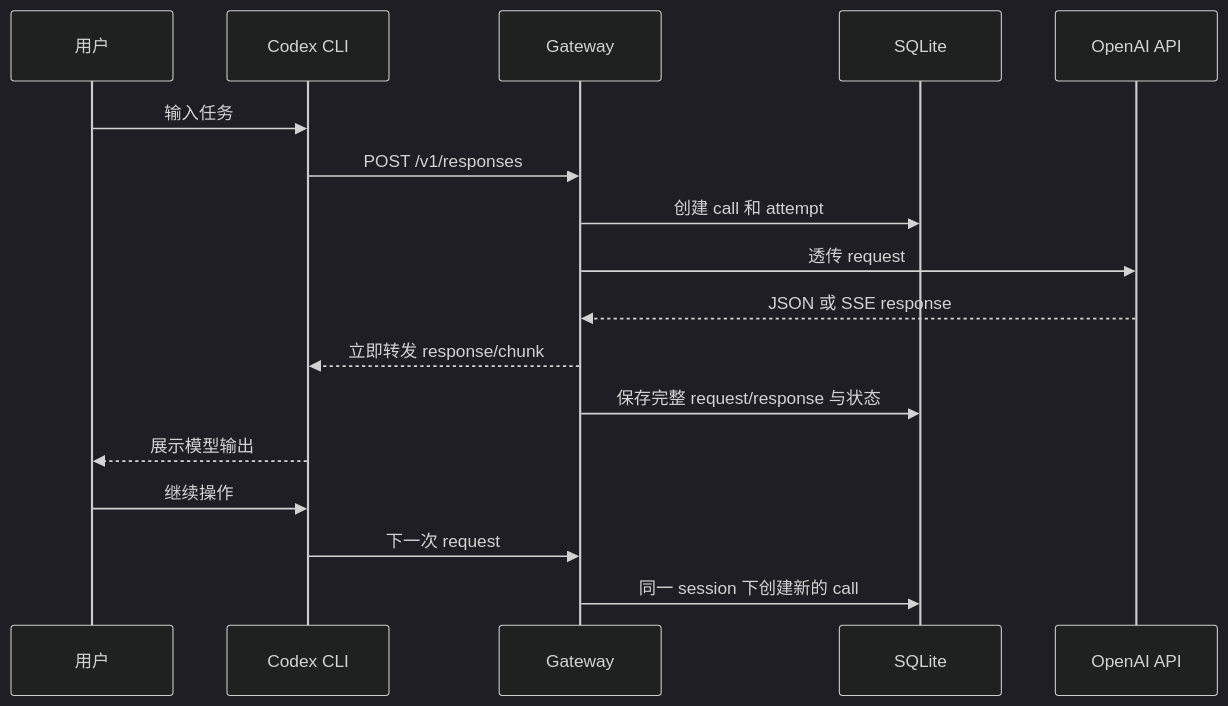
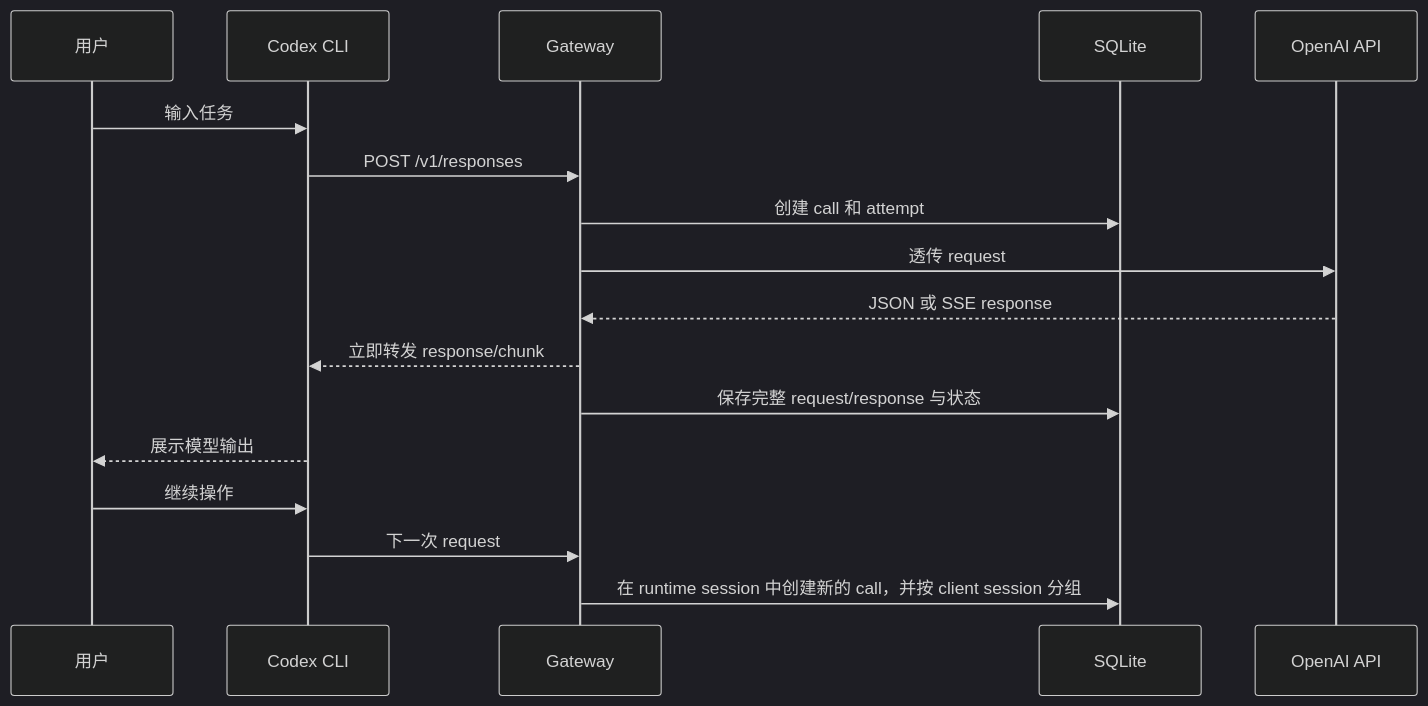
Before and after one commit to SGJki/prompt-harbor: the first of 2 diagrams in docs/SPEC.md, drawn with Mermaid (dark theme). The commit also changed other lines of this file and 3 other files, not shown here.

````diff
--- a/docs/SPEC.md
+++ b/docs/SPEC.md
@@ -129,19 +129,19 @@
 ```mermaid
 sequenceDiagram
     participant U as 用户
     participant C as Codex CLI
     participant G as Gateway
     participant D as SQLite
     participant O as OpenAI API
     U->>C: 输入任务
     C->>G: POST /v1/responses
     G->>D: 创建 call 和 attempt
     G->>O: 透传 request
     O-->>G: JSON 或 SSE response
     G-->>C: 立即转发 response/chunk
     G->>D: 保存完整 request/response 与状态
     C-->>U: 展示模型输出
     U->>C: 继续操作
     C->>G: 下一次 request
-    G->>D: 同一 session 下创建新的 call
+    G->>D: 在 runtime session 中创建新的 call，并按 client session 分组
 ```
````
